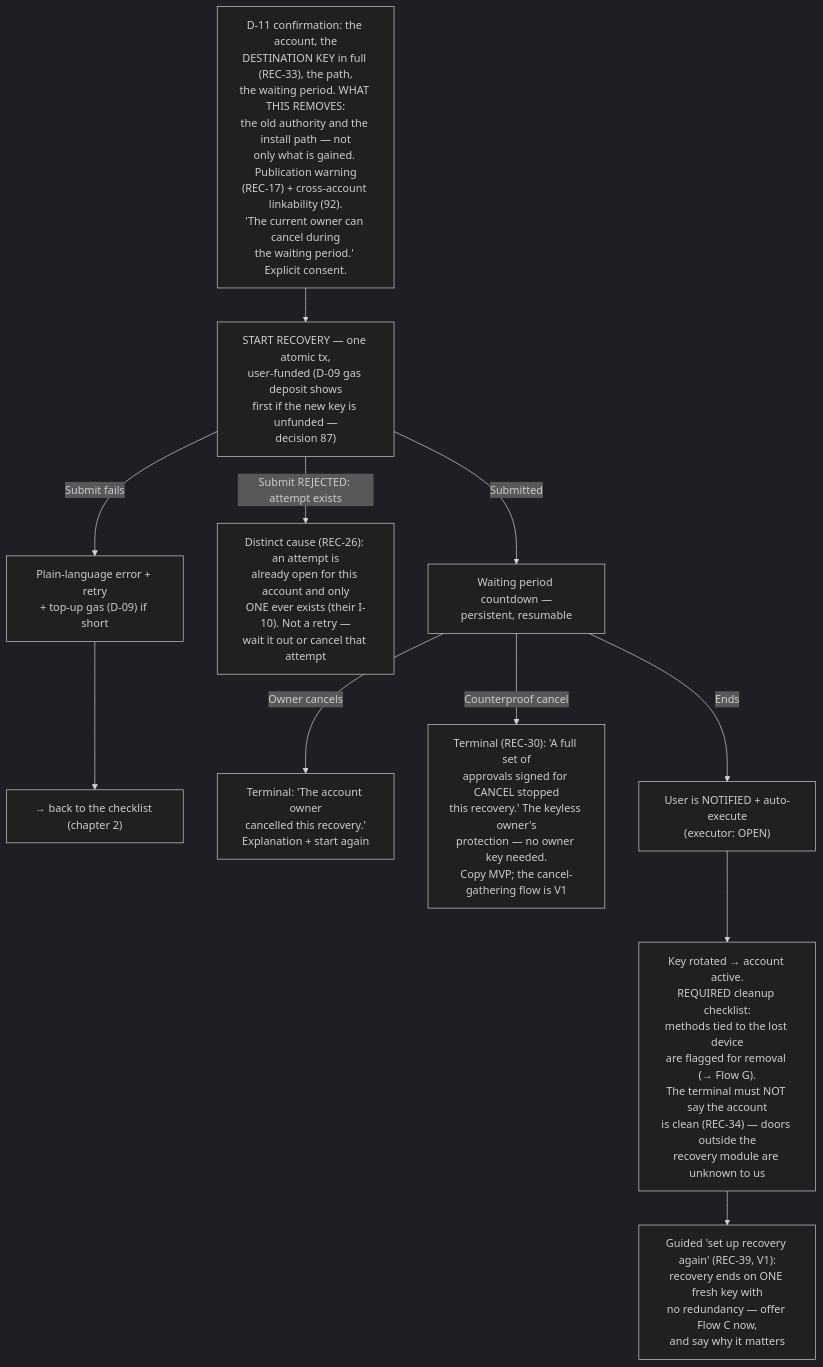
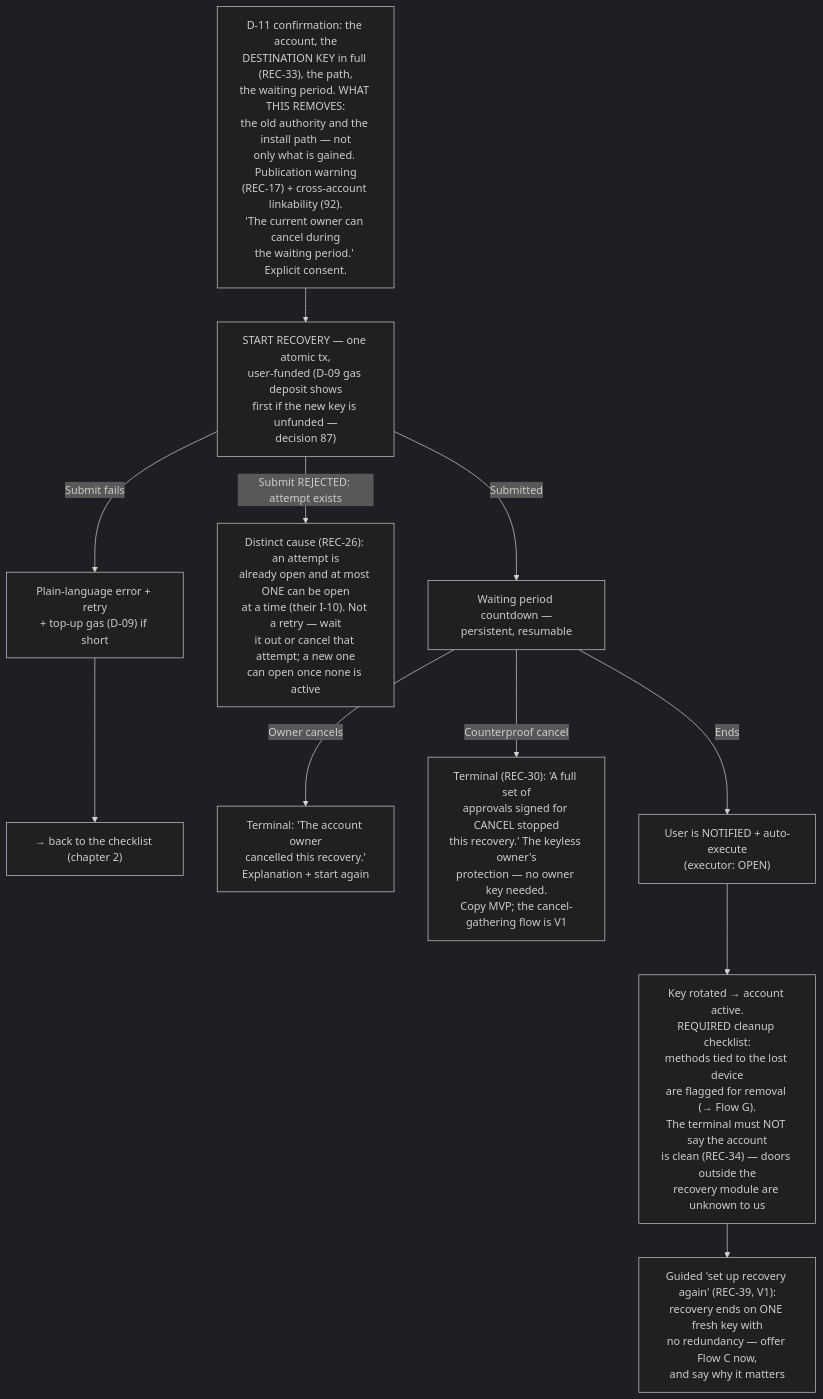
The seventh of 12 diagrams in social-recovery-ux-flows.md (FiboAtWonder/kohaku-extension), drawn with Mermaid (dark theme) before and after one commit. The commit also changed other lines of this file and 4 other files, not shown here.

````diff
--- a/social-recovery-ux-flows.md
+++ b/social-recovery-ux-flows.md
@@ -268,15 +268,15 @@
 ```mermaid
 flowchart TD
     CF["D-11 confirmation: the account, the<br/>DESTINATION KEY in full (REC-33), the path,<br/>the waiting period. WHAT THIS REMOVES:<br/>the old authority and the install path — not<br/>only what is gained. Publication warning<br/>(REC-17) + cross-account linkability (92).<br/>'The current owner can cancel during<br/>the waiting period.' Explicit consent."] --> I["START RECOVERY — one atomic tx,<br/>user-funded (D-09 gas deposit shows<br/>first if the new key is unfunded —<br/>decision 87)"]
     I -->|Submit fails| I2["Plain-language error + retry<br/>+ top-up gas (D-09) if short"]
-    I -->|Submit REJECTED: attempt exists| IR["Distinct cause (REC-26): an attempt is<br/>already open for this account and only<br/>ONE ever exists (their I-10). Not a retry —<br/>wait it out or cancel that attempt"]
+    I -->|Submit REJECTED: attempt exists| IR["Distinct cause (REC-26): an attempt is<br/>already open and at most ONE can be open<br/>at a time (their I-10). Not a retry — wait<br/>it out or cancel that attempt; a new one<br/>can open once none is active"]
     I2 --> BK["→ back to the checklist (chapter 2)"]
     I -->|Submitted| J["Waiting period countdown —<br/>persistent, resumable"]
     J -->|Owner cancels| XC["Terminal: 'The account owner<br/>cancelled this recovery.'<br/>Explanation + start again"]
     J -->|Counterproof cancel| XP["Terminal (REC-30): 'A full set of<br/>approvals signed for CANCEL stopped<br/>this recovery.' The keyless owner's<br/>protection — no owner key needed.<br/>Copy MVP; the cancel-gathering flow is V1"]
     J -->|Ends| K["User is NOTIFIED + auto-execute<br/>(executor: OPEN)"]
     K --> L["Key rotated → account active.<br/>REQUIRED cleanup checklist:<br/>methods tied to the lost device<br/>are flagged for removal (→ Flow G).<br/>The terminal must NOT say the account<br/>is clean (REC-34) — doors outside the<br/>recovery module are unknown to us"]
     L --> RS["Guided 'set up recovery again' (REC-39, V1):<br/>recovery ends on ONE fresh key with<br/>no redundancy — offer Flow C now,<br/>and say why it matters"]
 
     click L href "#flow-g--recovery-path--method-management"
 ```
````
